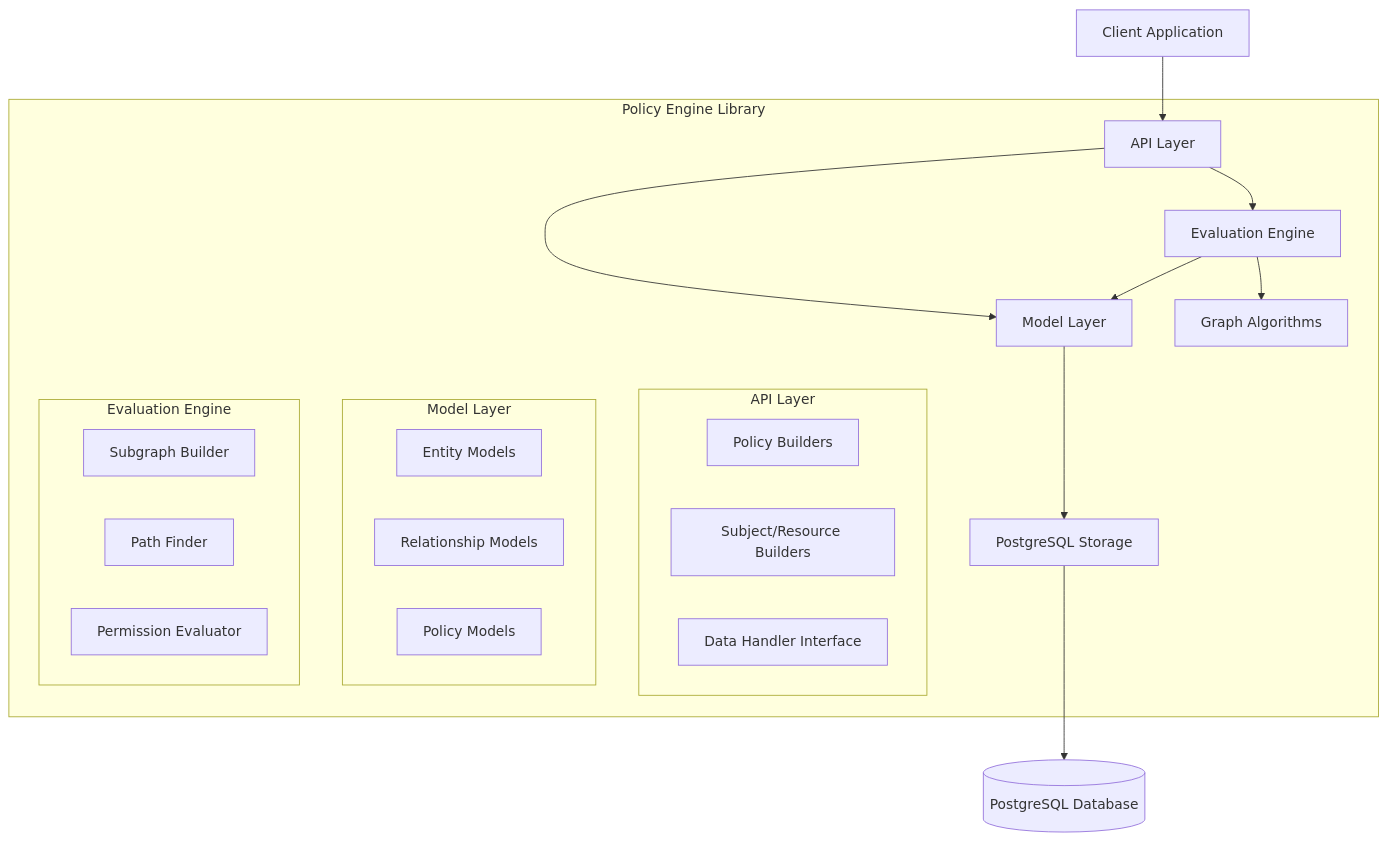
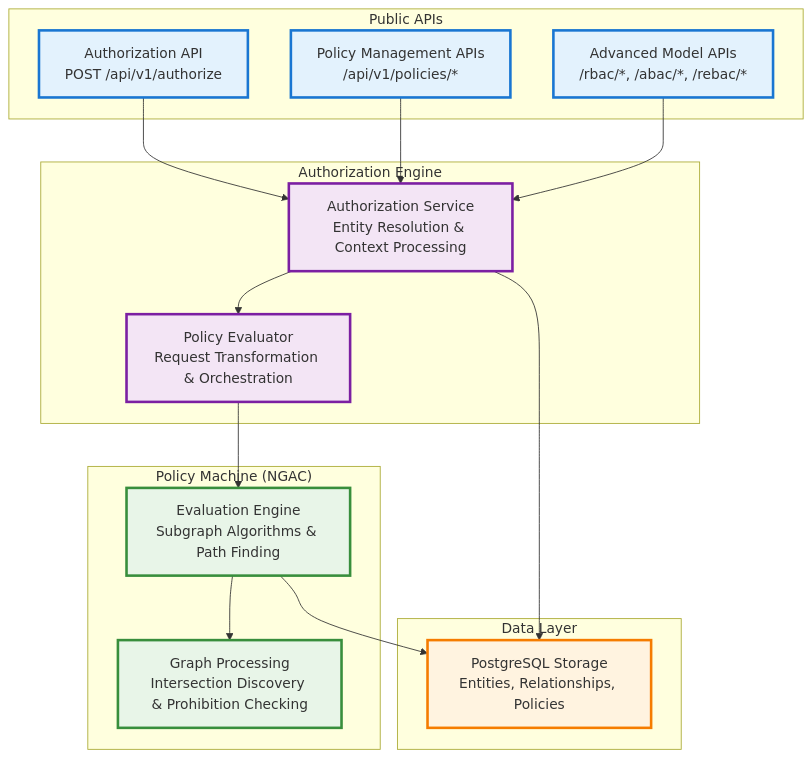
Before and after one commit to kumarabd/policy-machine: the diagram in README.md, drawn with Mermaid. The commit also changed other lines of this file and 7 other files, not shown here.

````diff
--- a/README.md
+++ b/README.md
@@ -268,31 +237,43 @@
 ```mermaid
 graph TB
-    subgraph "Policy Engine Library"
-        A[API Layer] --> B[Model Layer]
-        A --> C[Evaluation Engine]
-        B --> D[PostgreSQL Storage]
-        C --> B
-        C --> E[Graph Algorithms]
-        
-        subgraph "API Layer"
-            A1[Policy Builders]
-            A2[Subject/Resource Builders]
-            A3[Data Handler Interface]
-        end
-        
-        subgraph "Model Layer"
-            B1[Entity Models]
-            B2[Relationship Models]
-            B3[Policy Models]
-        end
-        
-        subgraph "Evaluation Engine"
-            C1[Subgraph Builder]
-            C2[Path Finder]
-            C3[Permission Evaluator]
-        end
+    subgraph "Public APIs"
+        HTTP[Authorization API<br/>POST /api/v1/authorize]
+        MGMT[Policy Management APIs<br/>/api/v1/policies/*]
+        ADV[Advanced Model APIs<br/>/rbac/*, /abac/*, /rebac/*]
     end
     
-    F[Client Application] --> A
-    D --> G[(PostgreSQL Database)]
+    subgraph "Authorization Engine"
+        AUTH_SVC[Authorization Service<br/>Entity Resolution & Context Processing]
+        EVAL_SVC[Policy Evaluator<br/>Request Transformation & Orchestration]
+    end
+    
+    subgraph "Policy Machine (NGAC)"
+        CORE[Evaluation Engine<br/>Subgraph Algorithms & Path Finding]
+        GRAPH[Graph Processing<br/>Intersection Discovery & Prohibition Checking]
+    end
+    
+    subgraph "Data Layer"
+        STORAGE[PostgreSQL Storage<br/>Entities, Relationships, Policies]
+    end
+    
+    HTTP --> AUTH_SVC
+    MGMT --> AUTH_SVC
+    ADV --> AUTH_SVC
+    
+    AUTH_SVC --> EVAL_SVC
+    EVAL_SVC --> CORE
+    CORE --> GRAPH
+    
+    AUTH_SVC --> STORAGE
+    CORE --> STORAGE
+    
+    classDef publicApi fill:#e3f2fd,stroke:#1976d2,stroke-width:3px
+    classDef authEngine fill:#f3e5f5,stroke:#7b1fa2,stroke-width:3px
+    classDef policyMachine fill:#e8f5e8,stroke:#388e3c,stroke-width:3px
+    classDef dataLayer fill:#fff3e0,stroke:#f57c00,stroke-width:3px
+    
+    class HTTP,MGMT,ADV publicApi
+    class AUTH_SVC,EVAL_SVC authEngine
+    class CORE,GRAPH policyMachine
+    class STORAGE dataLayer
 ```
````
